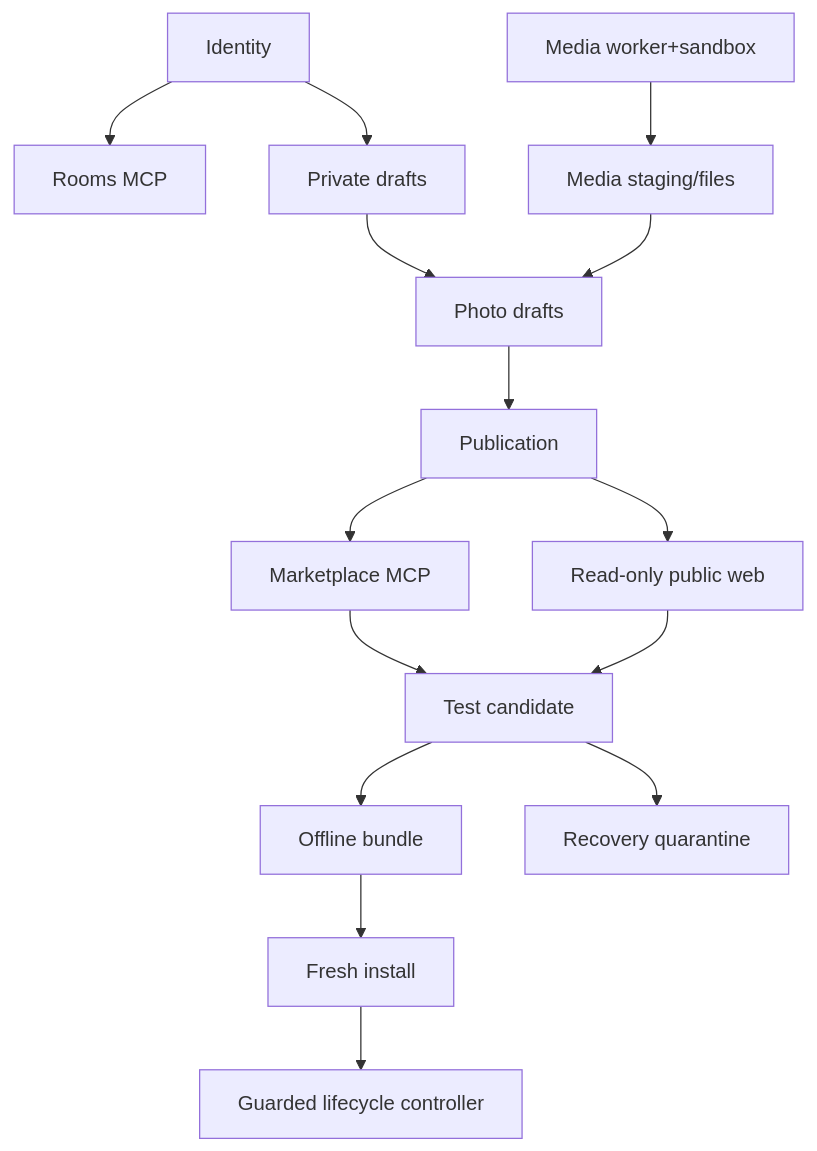
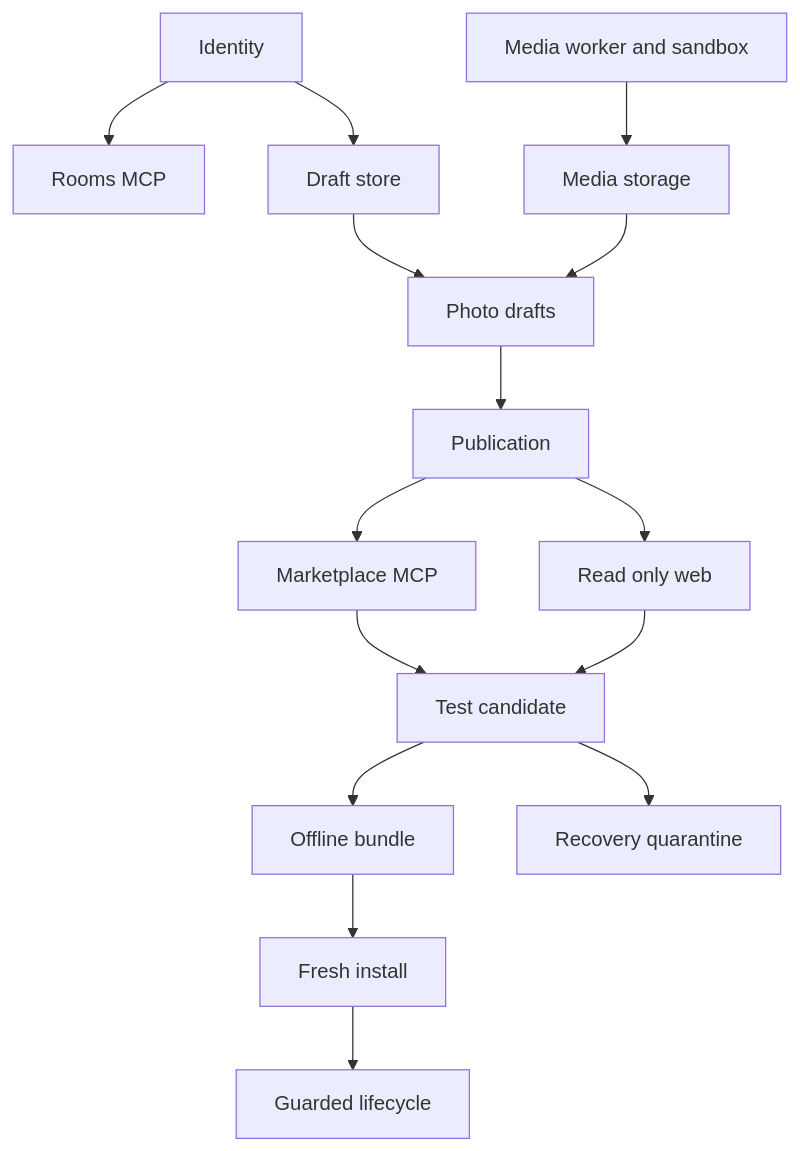
One commit to LeonidYasin/mcp-rooms changed the fourth of 5 diagrams in docs/architecture-graph.md. Above: the diagram before and after it, drawn with Mermaid. The commit also changed other lines of this file and 4 other files, not shown here.

````diff
--- a/docs/architecture-graph.md
+++ b/docs/architecture-graph.md
@@ -106,17 +79,17 @@
 ```mermaid
 flowchart TD
-  ID[Identity] --> R[Rooms MCP]
-  ID --> D[Private drafts]
-  D --> PD[Photo drafts]
-  MW[Media worker+sandbox] --> MS[Media staging/files]
-  MS --> PD
-  PD --> P[Publication]
-  P --> MT[Marketplace MCP]
-  P --> PW[Read-only public web]
-  MT --> C[Test candidate]
-  PW --> C
-  C --> B[Offline bundle]
-  B --> I[Fresh install]
-  I --> CTRL[Guarded lifecycle controller]
-  C --> REC[Recovery quarantine]
+  Identity --> RoomsMCP[Rooms MCP]
+  Identity --> DraftStore[Draft store]
+  Worker[Media worker and sandbox] --> Media[Media storage]
+  DraftStore --> PhotoDrafts[Photo drafts]
+  Media --> PhotoDrafts
+  PhotoDrafts --> Publication
+  Publication --> MarketMCP[Marketplace MCP]
+  Publication --> PublicWeb[Read only web]
+  MarketMCP --> Candidate[Test candidate]
+  PublicWeb --> Candidate
+  Candidate --> Bundle[Offline bundle]
+  Bundle --> Install[Fresh install]
+  Install --> Control[Guarded lifecycle]
+  Candidate --> Recovery[Recovery quarantine]
 ```
````
